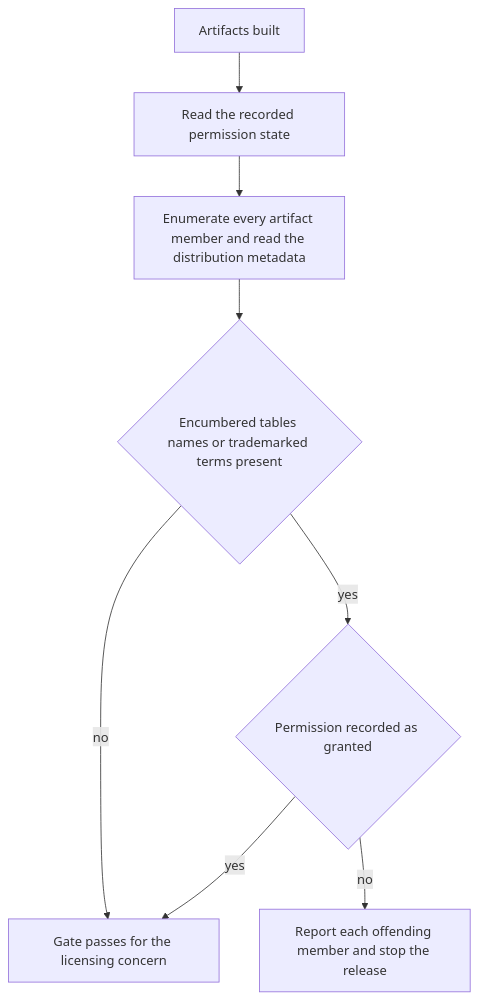
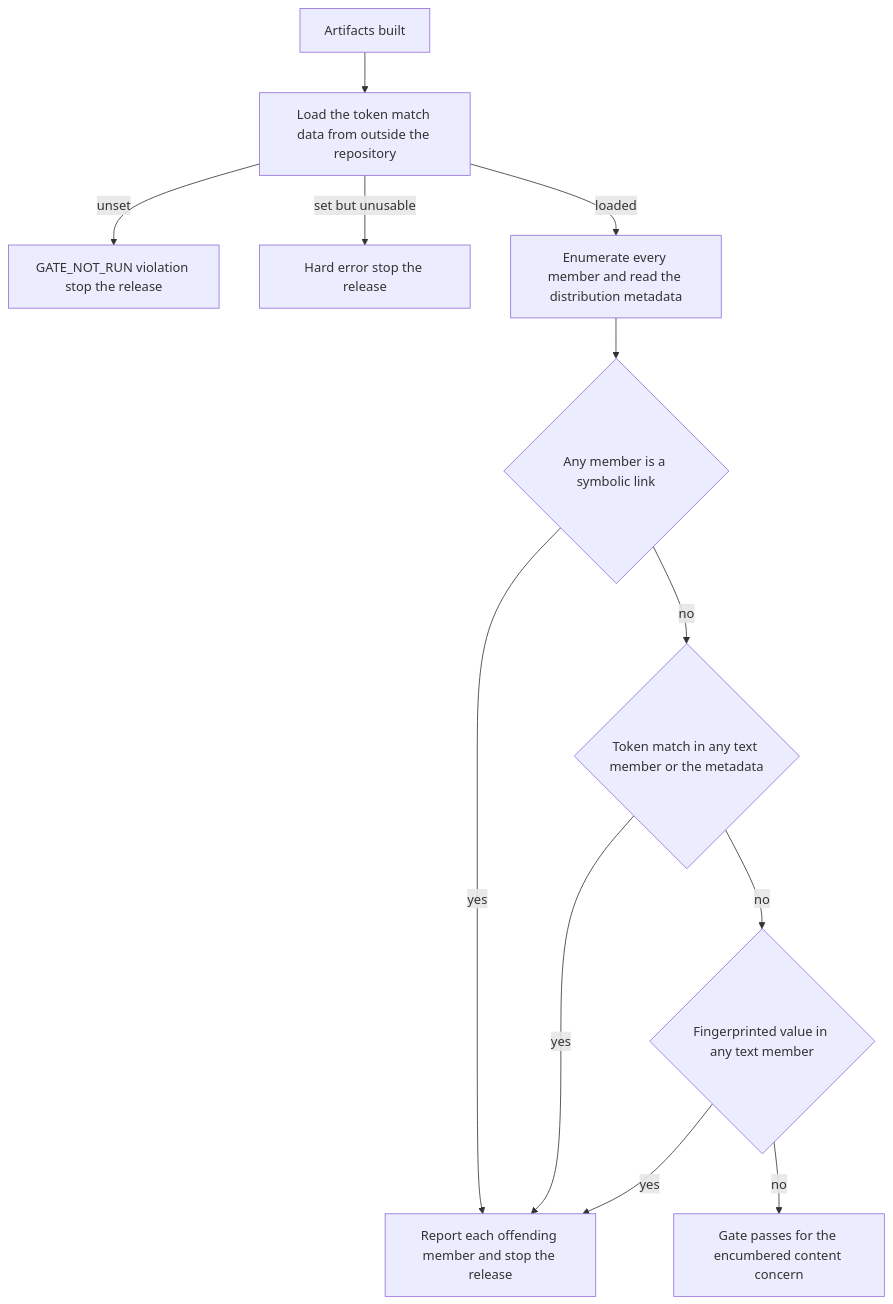
The third of 5 diagrams in .kiro/specs/distribution/design.md (joshua-stauffer/fitdocs), drawn with Mermaid before and after one commit. The commit also changed other lines of this file and 2 other files, not shown here.

````diff
--- a/.kiro/specs/distribution/design.md
+++ b/.kiro/specs/distribution/design.md
@@ -305,10 +310,14 @@
 ```mermaid
 flowchart TD
-    Start[Artifacts built] --> Read[Read the recorded permission state]
-    Read --> Scan[Enumerate every artifact member and read the distribution metadata]
-    Scan --> Marker{Encumbered tables names or trademarked terms present}
-    Marker -- no --> Clean[Gate passes for the licensing concern]
-    Marker -- yes --> Granted{Permission recorded as granted}
-    Granted -- yes --> Clean
-    Granted -- no --> Fail[Report each offending member and stop the release]
+    Start[Artifacts built] --> Load[Load the token match data from outside the repository]
+    Load -- unset --> NotRun[GATE_NOT_RUN violation stop the release]
+    Load -- set but unusable --> Error[Hard error stop the release]
+    Load -- loaded --> Scan[Enumerate every member and read the distribution metadata]
+    Scan --> Link{Any member is a symbolic link}
+    Link -- yes --> Fail[Report each offending member and stop the release]
+    Link -- no --> Tokens{Token match in any text member or the metadata}
+    Tokens -- yes --> Fail
+    Tokens -- no --> Values{Fingerprinted value in any text member}
+    Values -- yes --> Fail
+    Values -- no --> Clean[Gate passes for the encumbered content concern]
 ```
````
